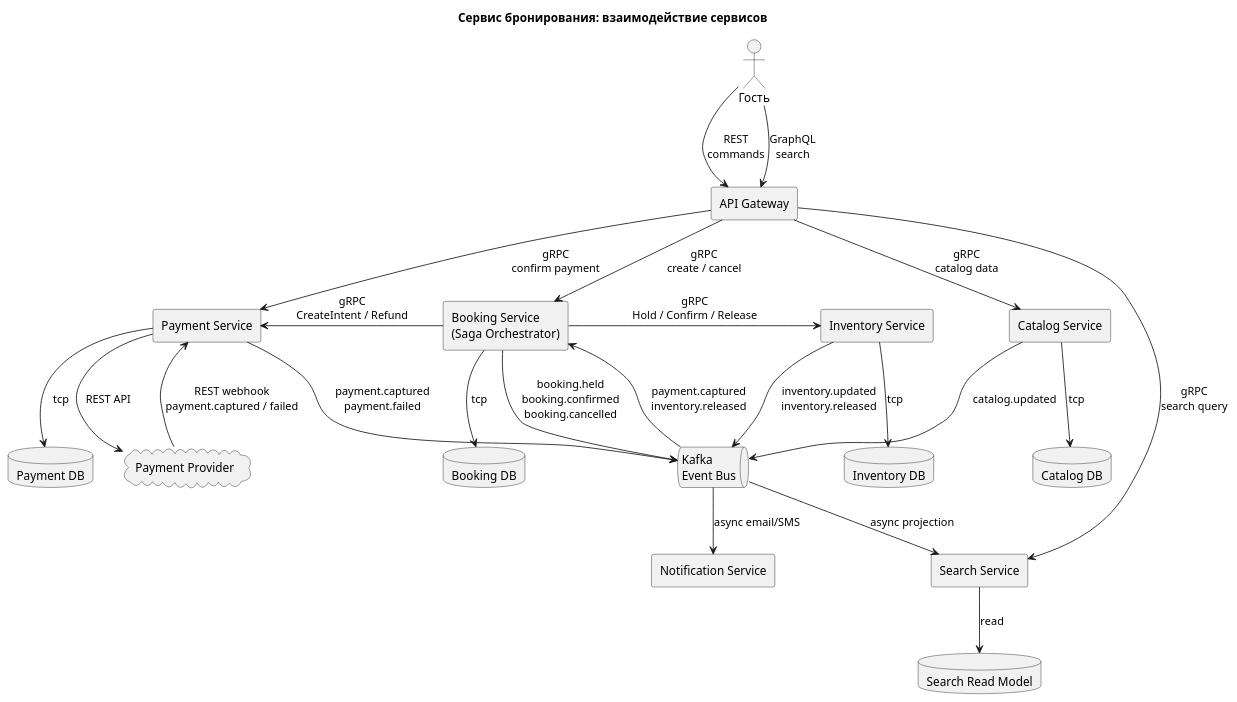
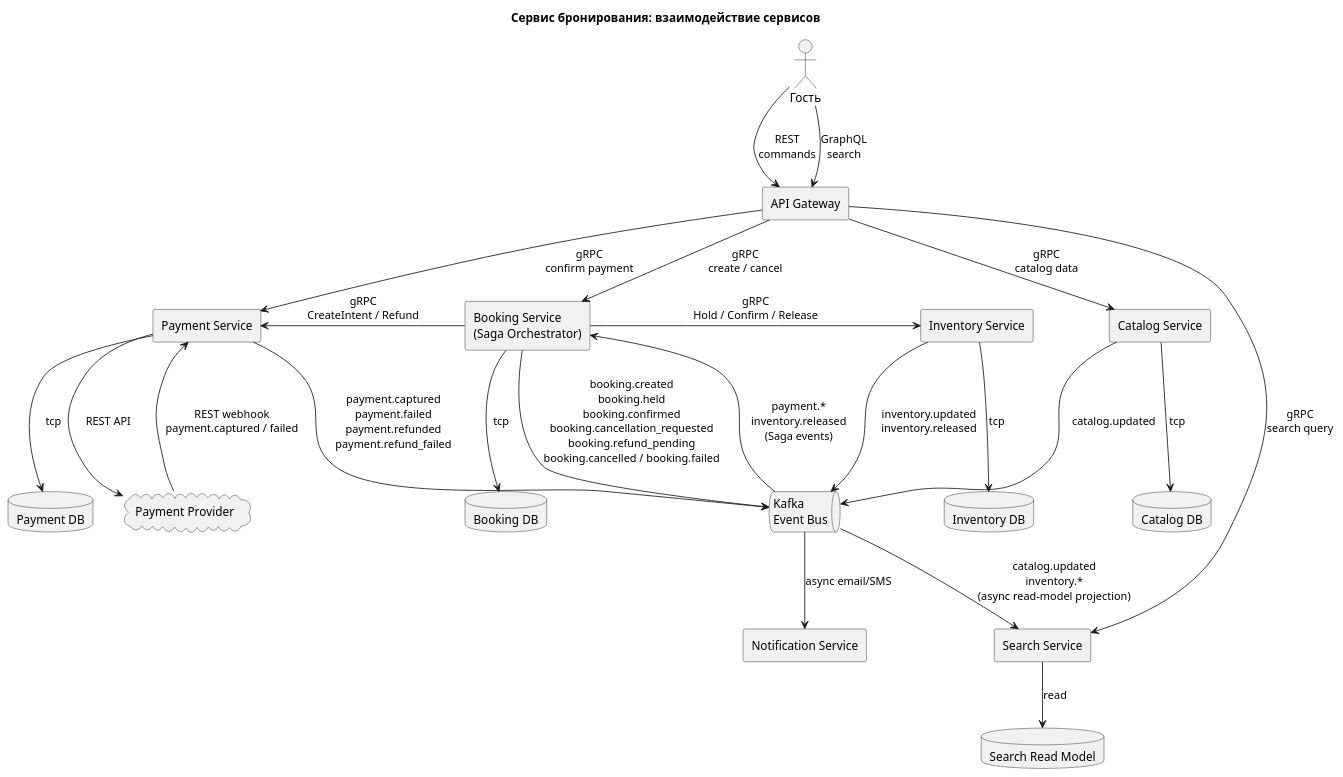
Before and after one commit to Andrey-2020/homework-26: the diagram in hw_02/solution/diagrams/booking-interaction.puml, drawn with PlantUML. The commit also changed 2 other files, not shown here.

```diff
--- a/hw_02/solution/diagrams/booking-interaction.puml
+++ b/hw_02/solution/diagrams/booking-interaction.puml
@@ -1,72 +1,72 @@
 @startuml
 title Сервис бронирования: взаимодействие сервисов
 
 skinparam componentStyle rectangle
 skinparam shadowing false
 
 actor "Гость" as User
 
 rectangle "API Gateway" as Gateway
 
 together {
 rectangle "Search Service" as Search
 database "Search Read Model" as SearchDB
 }
 
 together {
 rectangle "Inventory Service" as Inventory
 database "Inventory DB" as InventoryDB
 }
 together {
 rectangle "Booking Service\n(Saga Orchestrator)" as Booking
 database "Booking DB" as BookingDB
 }
 together {
 rectangle "Payment Service" as Payment
 database "Payment DB" as PaymentDB
 cloud "Payment Provider" as Provider
 
 }
 together {
 rectangle "Catalog Service" as Catalog
 database "Catalog DB" as CatalogDB
 }
 rectangle "Notification Service" as Notification
 
 queue "Kafka\nEvent Bus" as Kafka
 
 
 
 
 
 User --> Gateway : REST\ncommands
 User --> Gateway : GraphQL\nsearch
 
 Booking --> Payment : gRPC\nCreateIntent / Refund
 
 Gateway --> Search : gRPC\nsearch query
 
 Gateway --> Booking : gRPC\ncreate / cancel
 Gateway -r-> Payment : gRPC\nconfirm payment
 Gateway -down-> Catalog : gRPC\ncatalog data
 
 Booking -r-> Inventory : gRPC\nHold / Confirm / Release
 
 Payment --> PaymentDB : tcp
 Catalog --> CatalogDB : tcp
 Search --> SearchDB : read
 Inventory --> InventoryDB : tcp
 Booking --> BookingDB : tcp
 
-Payment --> Kafka : payment.captured\npayment.failed
+Payment --> Kafka : payment.captured\npayment.failed\npayment.refunded\npayment.refund_failed
 Inventory --> Kafka : inventory.updated\ninventory.released
-Booking --> Kafka : booking.held\nbooking.confirmed\nbooking.cancelled
+Booking --> Kafka : booking.created\nbooking.held\nbooking.confirmed\nbooking.cancellation_requested\nbooking.refund_pending\nbooking.cancelled / booking.failed
 Catalog --> Kafka : catalog.updated
 
-Kafka --> Search : async projection
+Kafka --> Search : catalog.updated\ninventory.*\n(async read-model projection)
 Kafka --> Notification : async email/SMS
-Kafka --> Booking : payment.captured\ninventory.released
+Kafka --> Booking : payment.*\ninventory.released\n(Saga events)
 
 Payment --> Provider : REST API
 Provider --> Payment : REST webhook\npayment.captured / failed
 @enduml
```
